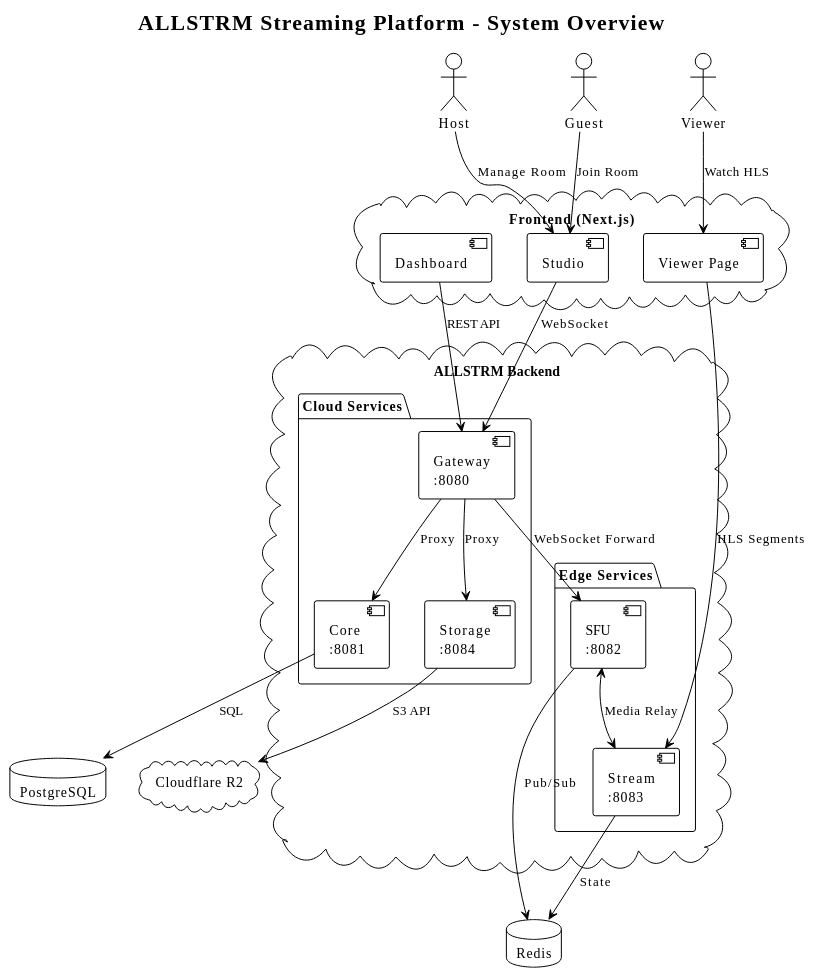
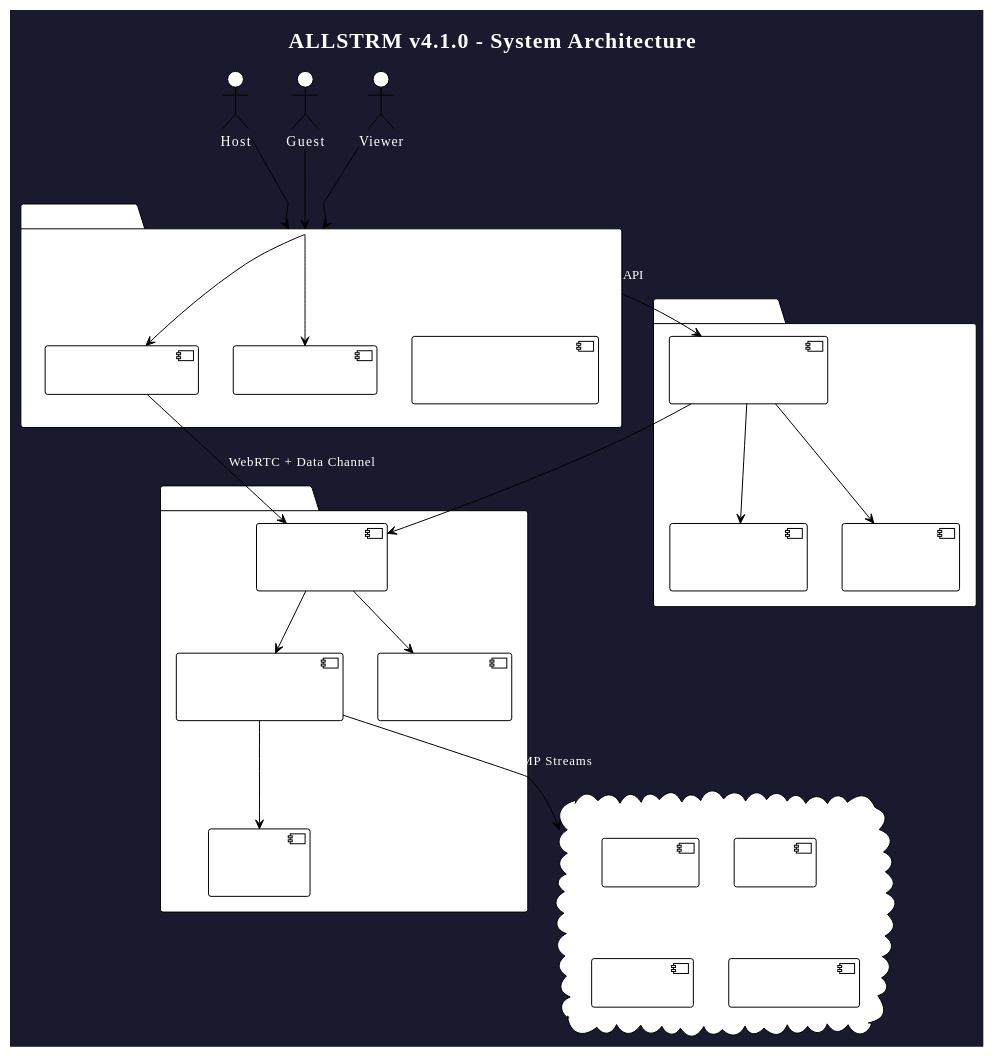
One commit to stellalphatic/Executewithyou-video-server changed the first of 9 diagrams in docs/architecture/DIAGRAMS.md. Above: the diagram before and after it, drawn with PlantUML. The commit also changed other lines of this file and 103 other files, not shown here.

````diff
--- a/docs/architecture/DIAGRAMS.md
+++ b/docs/architecture/DIAGRAMS.md
@@ -10,54 +18,61 @@
 ```plantuml
 @startuml ALLSTRM_System_Overview
 !theme plain
+skinparam backgroundColor #1a1a2e
+skinparam defaultFontColor #ffffff
+skinparam rectangleBorderColor #4a4a6a
 
-title ALLSTRM Streaming Platform - System Overview
+title ALLSTRM v4.1.0 - System Architecture
 
 actor "Host" as host
 actor "Guest" as guest
 actor "Viewer" as viewer
 
-cloud "Frontend (Next.js)" as frontend {
-  [Dashboard]
-  [Studio]
-  [Viewer Page]
+cloud "External Platforms" as external {
+    [YouTube]
+    [Twitch]
+    [Facebook]
+    [Custom RTMP]
 }
 
-cloud "ALLSTRM Backend" as backend {
-  package "Cloud Services" {
-    [Gateway\n:8080] as gateway
-    [Core\n:8081] as core
-    [Storage\n:8084] as storage
-  }
-
-  package "Edge Services" {
-    [SFU\n:8082] as sfu
-    [Stream\n:8083] as stream
-  }
+package "Browser (Client)" as browser {
+    [Next.js Frontend\n(React 19 + TypeScript)]
+    [LiveKit Client SDK]
+    [Supabase Client]
 }
 
-database "PostgreSQL" as db
-database "Redis" as redis
-cloud "Cloudflare R2" as r2
+package "Backend Services" as backend {
+    [Next.js API Routes\n(Rate Limited)]
+    [Supabase Auth\n(JWT + OAuth)]
+    [PostgreSQL\n(3 Schemas)]
+}
 
-host --> [Studio] : Manage Room
-guest --> [Studio] : Join Room
-viewer --> [Viewer Page] : Watch HLS
+package "Media Infrastructure" as media {
+    [LiveKit Server\n(WebRTC SFU)]
+    [LiveKit Egress\n(Recording + RTMP)]
+    [Redis\n(Session State)]
+    [MinIO/R2\n(Storage)]
+}
 
-[Dashboard] --> gateway : REST API
-[Studio] --> gateway : WebSocket
-[Viewer Page] --> stream : HLS Segments
+host --> browser
+guest --> browser
+viewer --> browser
 
-gateway --> core : Proxy
-gateway --> sfu : WebSocket Forward
-gateway --> storage : Proxy
+browser --> [Next.js API Routes\n(Rate Limited)] : REST API
+browser --> [LiveKit Client SDK] : WebRTC
+browser --> [Supabase Client] : Auth + DB
 
-core --> db : SQL
-sfu --> redis : Pub/Sub
-stream --> redis : State
-storage --> r2 : S3 API
+[Next.js API Routes\n(Rate Limited)] --> [Supabase Auth\n(JWT + OAuth)]
+[Next.js API Routes\n(Rate Limited)] --> [PostgreSQL\n(3 Schemas)]
+[Next.js API Routes\n(Rate Limited)] --> [LiveKit Server\n(WebRTC SFU)]
 
-sfu <--> stream : Media Relay
+[LiveKit Client SDK] --> [LiveKit Server\n(WebRTC SFU)] : WebRTC + Data Channel
+
+[LiveKit Server\n(WebRTC SFU)] --> [LiveKit Egress\n(Recording + RTMP)]
+[LiveKit Server\n(WebRTC SFU)] --> [Redis\n(Session State)]
+
+[LiveKit Egress\n(Recording + RTMP)] --> [MinIO/R2\n(Storage)] : Recordings
+[LiveKit Egress\n(Recording + RTMP)] --> external : RTMP Streams
 
 @enduml
 ```
````
